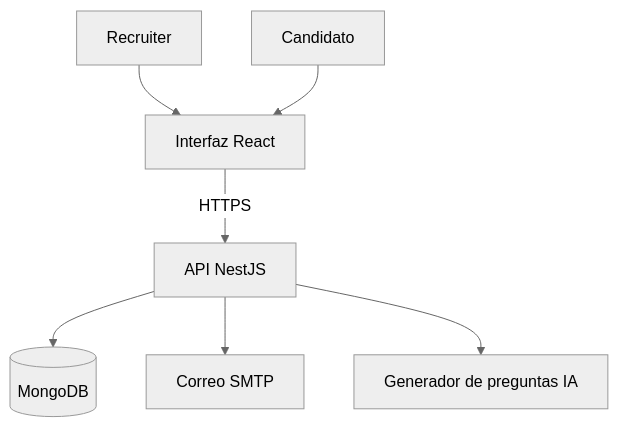
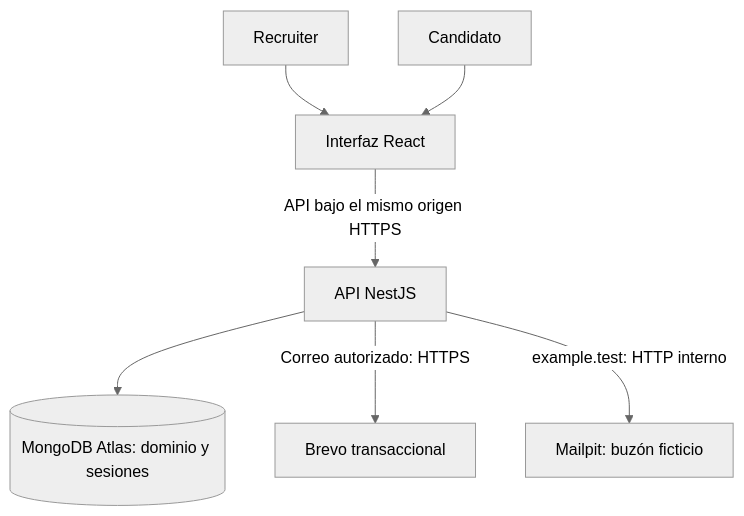
Before and after one commit to luislujan32/AI4Devs-finalproject: the first of 3 diagrams in readme.md, drawn with Mermaid (neutral theme). The commit also changed other lines of this file and 12 other files, not shown here.

````diff
--- a/readme.md
+++ b/readme.md
@@ -128,9 +164,9 @@
 ```mermaid
 flowchart TD
   R["Recruiter"] --> W["Interfaz React"]
   C["Candidato"] --> W
-  W -->|HTTPS| A["API NestJS"]
-  A --> D[("MongoDB")]
-  A --> E["Correo SMTP"]
-  A --> L["Generador de preguntas IA"]
+  W -->|API bajo el mismo origen HTTPS| A["API NestJS"]
+  A --> D[("MongoDB Atlas: dominio y sesiones")]
+  A -->|Correo autorizado: HTTPS| E["Brevo transaccional"]
+  A -->|example.test: HTTP interno| M["Mailpit: buzón ficticio"]
 ```
````
